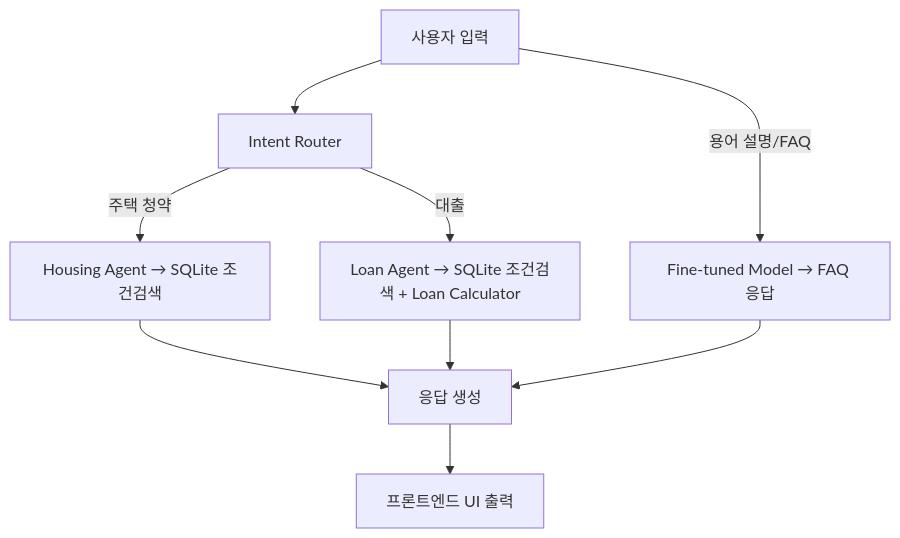
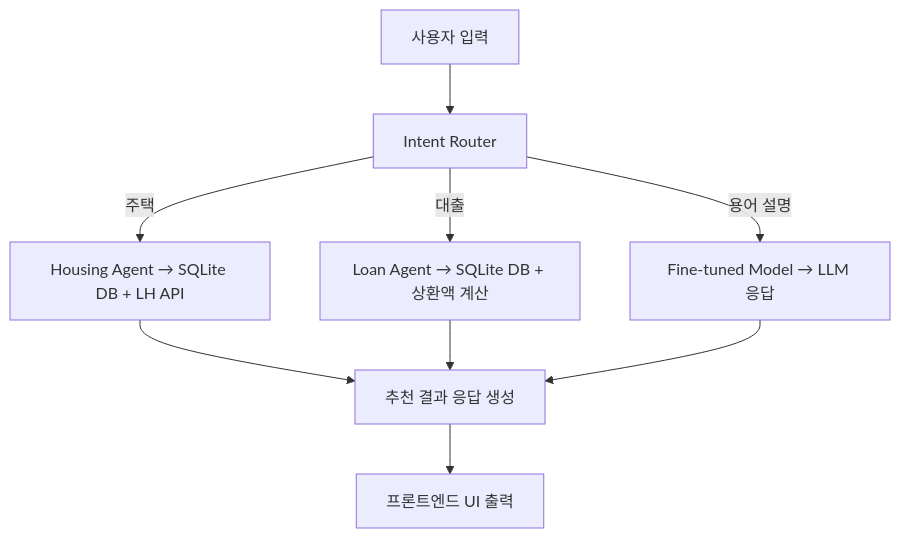
The diagram in README.md (ChangMin59/welhome), drawn with Mermaid before and after one commit.

````diff
--- a/README.md
+++ b/README.md
@@ -143,11 +143,11 @@
 ```mermaid
 flowchart TD
     A[사용자 입력] --> B[Intent Router]
-    B -->|주택 청약| C[Housing Agent → SQLite 조건검색]
-    B -->|대출| D[Loan Agent → SQLite 조건검색 + Loan Calculator]
-    A -->|용어 설명/FAQ| E[Fine-tuned Model → FAQ 응답]
-    C --> F[응답 생성]
+    B -->|주택| C[Housing Agent → SQLite DB + LH API]
+    B -->|대출| D[Loan Agent → SQLite DB + 상환액 계산]
+    B -->|용어 설명| E[Fine-tuned Model → LLM 응답]
+    C --> F[추천 결과 응답 생성]
     D --> F
     E --> F
     F --> G[프론트엔드 UI 출력]
 ```
````
